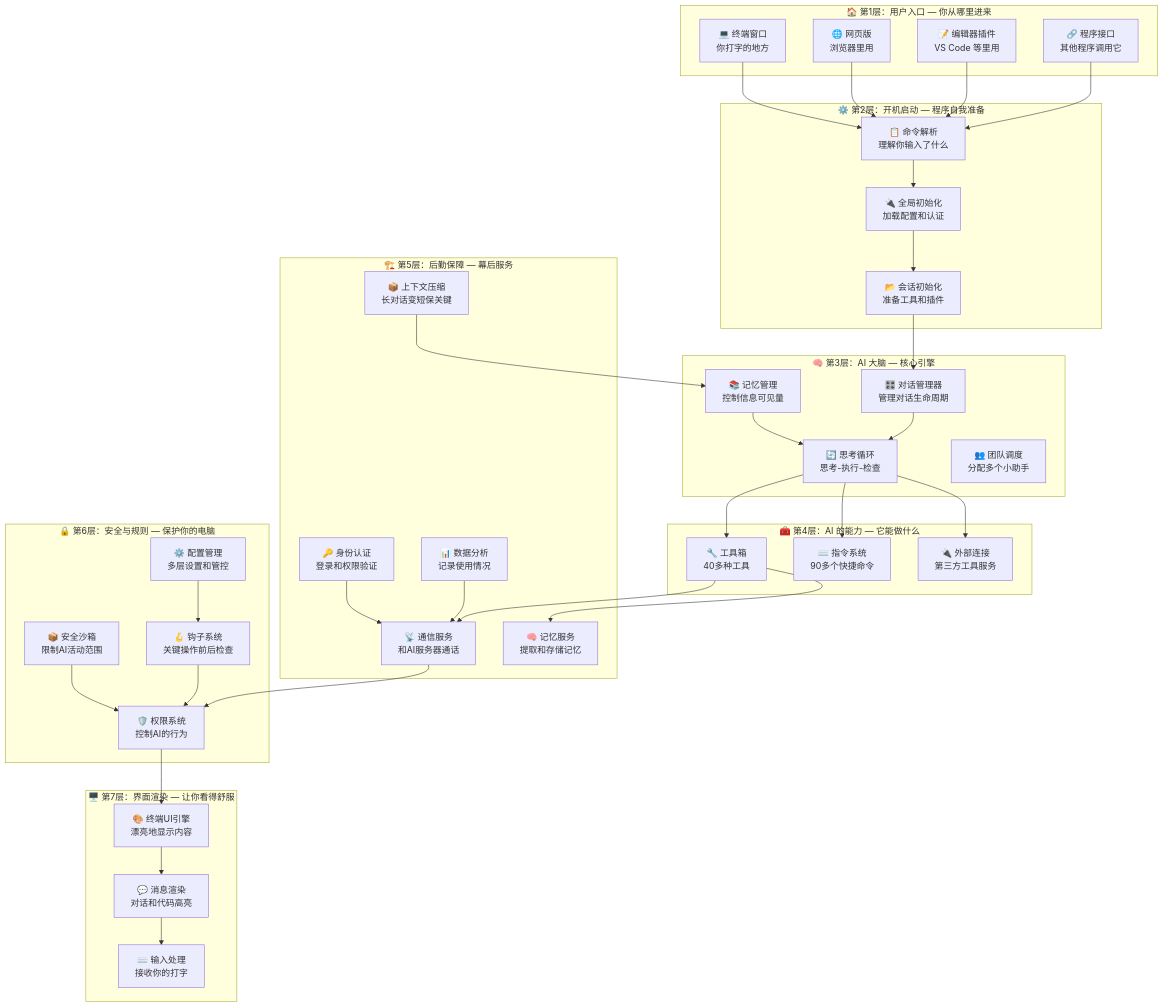
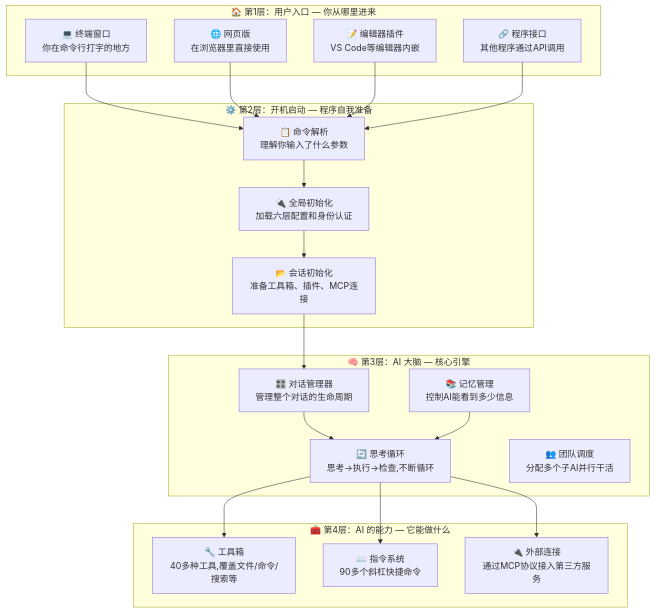
The first of 25 diagrams in docs/architecture/00-visual-guide-complete.md (WSbaikaishui/claude-code-source-code), drawn with Mermaid before and after one commit. The commit also changed other lines of this file and 73 other files, not shown here.

First line of the commit message:
Fix all Mermaid diagrams: restore semantics + fix dimensions

````diff
--- a/docs/architecture/00-visual-guide-complete.md
+++ b/docs/architecture/00-visual-guide-complete.md
@@ -29,72 +29,40 @@
 ```mermaid
 graph TD
     subgraph L1["🏠 第1层：用户入口 — 你从哪里进来"]
-        TERM["💻 终端窗口<br/>你打字的地方"]
-        WEB["🌐 网页版<br/>浏览器里用"]
-        IDE["📝 编辑器插件<br/>VS Code 等里用"]
-        SDK["🔗 程序接口<br/>其他程序调用它"]
+        TERM["💻 终端窗口<br/>你在命令行打字的地方"]
+        WEB["🌐 网页版<br/>在浏览器里直接使用"]
+        IDE["📝 编辑器插件<br/>VS Code等编辑器内嵌"]
+        SDK["🔗 程序接口<br/>其他程序通过API调用"]
     end
 
     subgraph L2["⚙️ 第2层：开机启动 — 程序自我准备"]
-        CMD["📋 命令解析<br/>理解你输入了什么"]
-        INIT["🔌 全局初始化<br/>加载配置和认证"]
-        SETUP["📂 会话初始化<br/>准备工具和插件"]
+        CMD["📋 命令解析<br/>理解你输入了什么参数"]
+        INIT["🔌 全局初始化<br/>加载六层配置和身份认证"]
+        SETUP["📂 会话初始化<br/>准备工具箱、插件、MCP连接"]
         CMD --> INIT --> SETUP
     end
 
     subgraph L3["🧠 第3层：AI 大脑 — 核心引擎"]
-        QE["🎛️ 对话管理器<br/>管理对话生命周期"]
-        QUERY["🔄 思考循环<br/>思考-执行-检查"]
-        CTX["📚 记忆管理<br/>控制信息可见量"]
-        COORD["👥 团队调度<br/>分配多个小助手"]
+        QE["🎛️ 对话管理器<br/>管理整个对话的生命周期"]
+        QUERY["🔄 思考循环<br/>思考→执行→检查,不断循环"]
+        CTX["📚 记忆管理<br/>控制AI能看到多少信息"]
+        COORD["👥 团队调度<br/>分配多个子AI并行干活"]
         QE --> QUERY
         CTX --> QUERY
     end
 
     subgraph L4["🧰 第4层：AI 的能力 — 它能做什么"]
-        TOOLS["🔧 工具箱<br/>40多种工具"]
-        CMDS["⌨️ 指令系统<br/>90多个快捷命令"]
-        MCP_EXT["🔌 外部连接<br/>第三方工具服务"]
-    end
-
-    subgraph L5["🏗️ 第5层：后勤保障 — 幕后服务"]
-        API_SVC["📡 通信服务<br/>和AI服务器通话"]
-        AUTH["🔑 身份认证<br/>登录和权限验证"]
-        ANALYTICS["📊 数据分析<br/>记录使用情况"]
-        MEM_SVC["🧠 记忆服务<br/>提取和存储记忆"]
-        COMPACT["📦 上下文压缩<br/>长对话变短保关键"]
-    end
-
-    subgraph L6["🔒 第6层：安全与规则 — 保护你的电脑"]
-        PERM["🛡️ 权限系统<br/>控制AI的行为"]
-        SANDBOX["📦 安全沙箱<br/>限制AI活动范围"]
-        HOOKS["🪝 钩子系统<br/>关键操作前后检查"]
-        CONFIG["⚙️ 配置管理<br/>多层设置和管控"]
-    end
-
-    subgraph L7["🖥️ 第7层：界面渲染 — 让你看得舒服"]
-        RENDER["🎨 终端UI引擎<br/>漂亮地显示内容"]
-        MSG_RENDER["💬 消息渲染<br/>对话和代码高亮"]
-        INPUT["⌨️ 输入处理<br/>接收你的打字"]
+        TOOLS["🔧 工具箱<br/>40多种工具,覆盖文件/命令/搜索等"]
+        CMDS["⌨️ 指令系统<br/>90多个斜杠快捷命令"]
+        MCP_EXT["🔌 外部连接<br/>通过MCP协议接入第三方服务"]
     end
 
     TERM --> CMD
     WEB --> CMD
     IDE --> CMD
     SDK --> CMD
     SETUP --> QE
     QUERY --> TOOLS
     QUERY --> CMDS
     QUERY --> MCP_EXT
-    TOOLS --> API_SVC
-    TOOLS --> MEM_SVC
-    API_SVC --> PERM
-    PERM --> RENDER
-    COMPACT --> CTX
-    AUTH --> API_SVC
-    ANALYTICS --> API_SVC
-    HOOKS --> PERM
-    CONFIG --> HOOKS
-    SANDBOX --> PERM
-    RENDER --> MSG_RENDER --> INPUT
 ```
````
